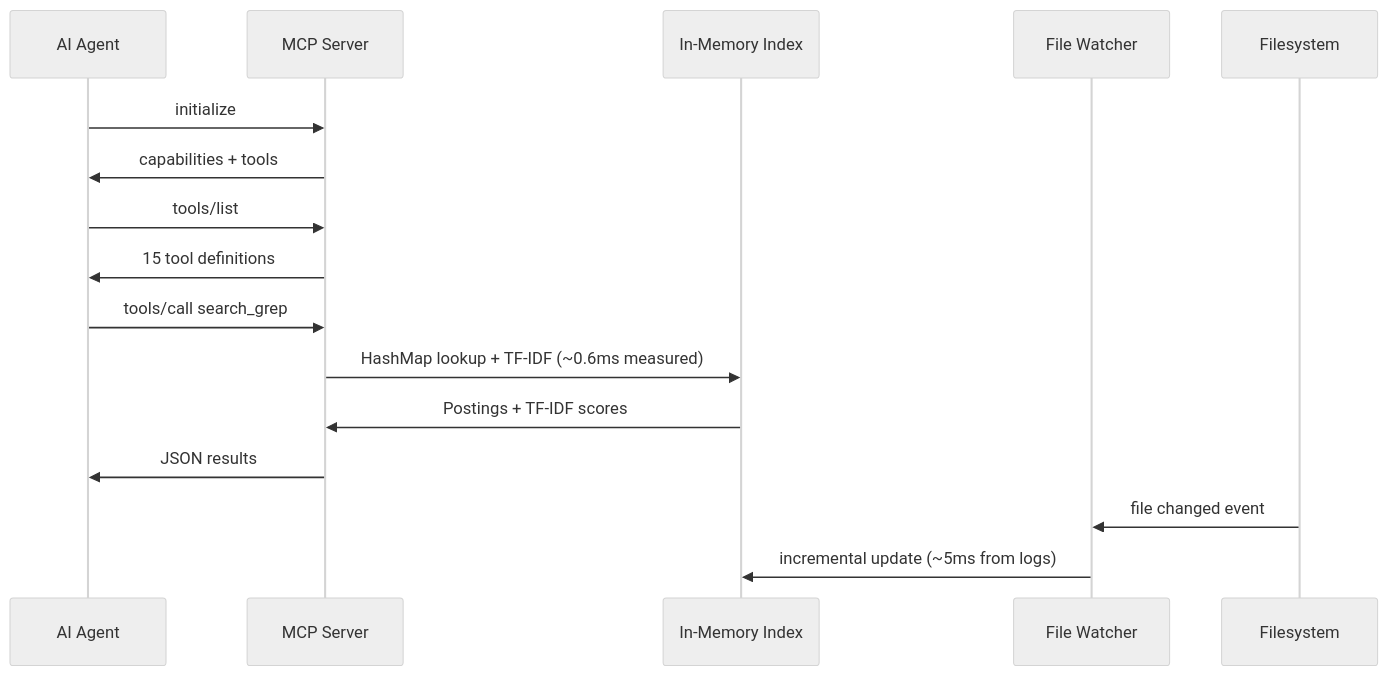
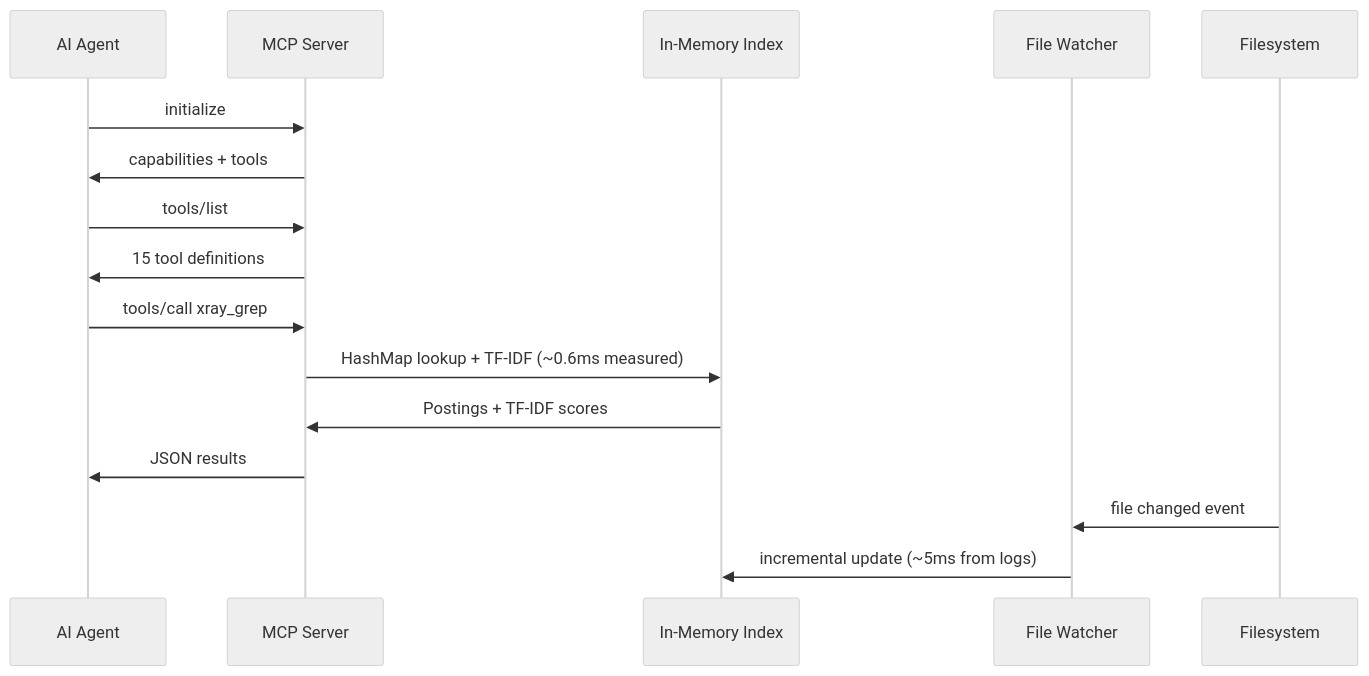
Before and after one commit to pustynsky/xray: the fourth of 9 diagrams in docs/architecture.md, drawn with Mermaid (neutral theme). The commit also changed other lines of this file and 67 other files, not shown here.

Commit message:
rename MCP tools: search_* → xray_*

````diff
--- a/docs/architecture.md
+++ b/docs/architecture.md
@@ -351,21 +351,21 @@
 ```mermaid
 sequenceDiagram
     participant Agent as AI Agent
     participant Server as MCP Server
     participant Index as In-Memory Index
     participant Watcher as File Watcher
     participant FS as Filesystem
 
     Agent->>Server: initialize
     Server->>Agent: capabilities + tools
     Agent->>Server: tools/list
     Server->>Agent: 15 tool definitions
 
-    Agent->>Server: tools/call search_grep
+    Agent->>Server: tools/call xray_grep
     Server->>Index: HashMap lookup + TF-IDF (~0.6ms measured)
     Index->>Server: Postings + TF-IDF scores
     Server->>Agent: JSON results
 
     FS->>Watcher: file changed event
     Watcher->>Index: incremental update (~5ms from logs)
 ```
````
